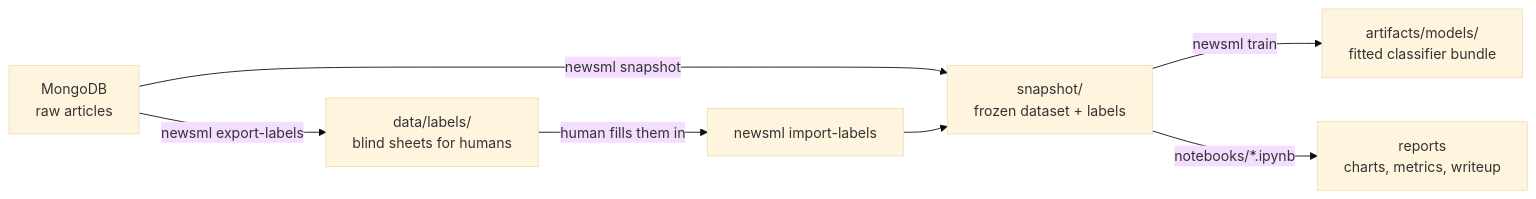
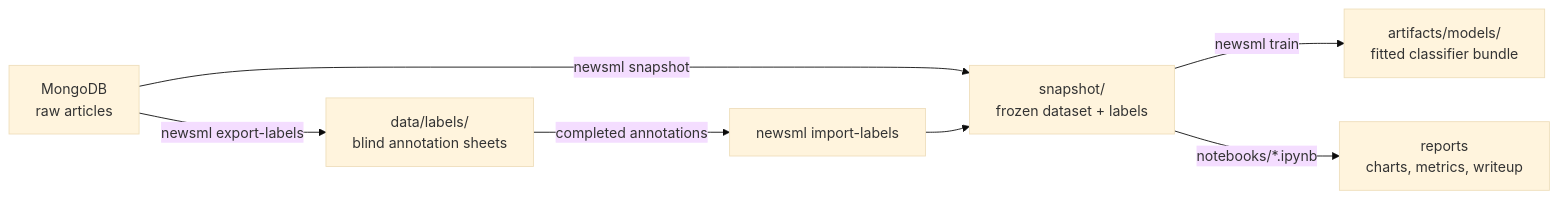
The diagram in collector/ml/README.md (mhd-riaz/news-bot), drawn with Mermaid (base theme) before and after one commit. The commit also changed other lines of this file and 60 other files, not shown here.

````diff
--- a/collector/ml/README.md
+++ b/collector/ml/README.md
@@ -14,9 +25,9 @@
 ```mermaid
 flowchart LR
     A[MongoDB\nraw articles] -->|newsml snapshot| B[snapshot/\nfrozen dataset + labels]
     B -->|newsml train| C[artifacts/models/\nfitted classifier bundle]
     B -->|notebooks/*.ipynb| D[reports\ncharts, metrics, writeup]
-    A -->|newsml export-labels| E[data/labels/\nblind sheets for humans]
-    E -->|human fills them in| F[newsml import-labels]
+    A -->|newsml export-labels| E[data/labels/\nblind annotation sheets]
+    E -->|completed annotations| F[newsml import-labels]
     F --> B
 ```
````
